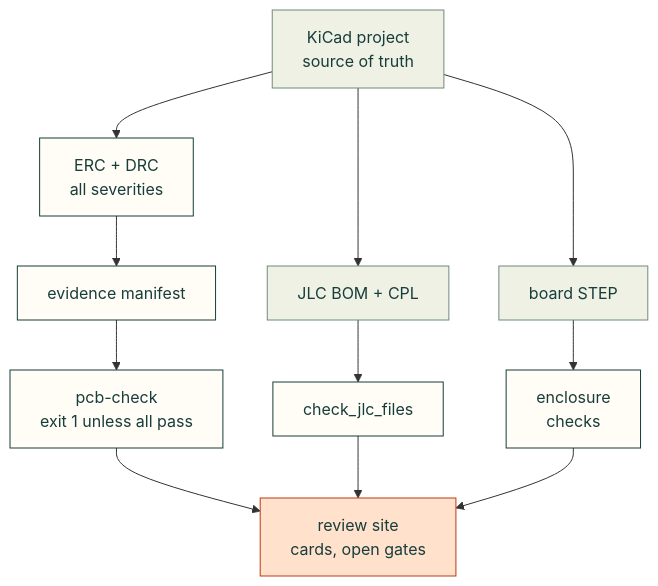
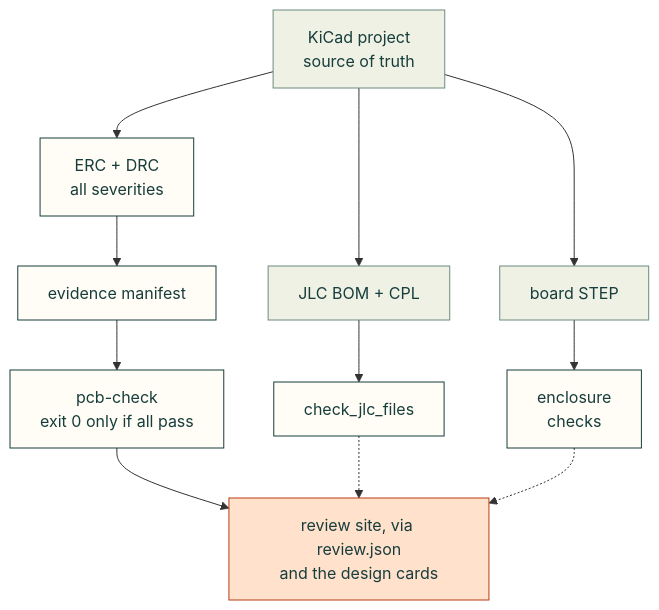
The diagram in docs/pcb.md (Valpatel/cad-agent), drawn with Mermaid before and after one commit. The commit also changed 24 other files, not shown here.

````diff
--- a/docs/pcb.md
+++ b/docs/pcb.md
@@ -5,16 +5,17 @@
 ```mermaid
 flowchart TD
     K["KiCad project<br/>source of truth"] --> E["ERC + DRC<br/>all severities"]
     K --> J["JLC BOM + CPL"]
     K --> S["board STEP"]
-    E --> M["evidence manifest"] --> C["pcb-check<br/>exit 1 unless all pass"]
+    E --> M["evidence manifest"] --> C["pcb-check<br/>exit 0 only if all pass"]
     J --> JC["check_jlc_files"]
     S --> En["enclosure<br/>checks"]
-    C & JC & En --> R["review site<br/>cards, open gates"]
+    C --> R["review site, via review.json<br/>and the design cards"]
+    JC & En -.-> R
     classDef here fill:#fffdf5,stroke:#173d3c,color:#173d3c
     classDef near fill:#eef1e4,stroke:#6f8a80,color:#173d3c
     classDef out fill:#ffe1cc,stroke:#bd3a12,color:#173d3c
     class E,M,C,JC,En here
     class K,J,S near
     class R out
 ```
````
